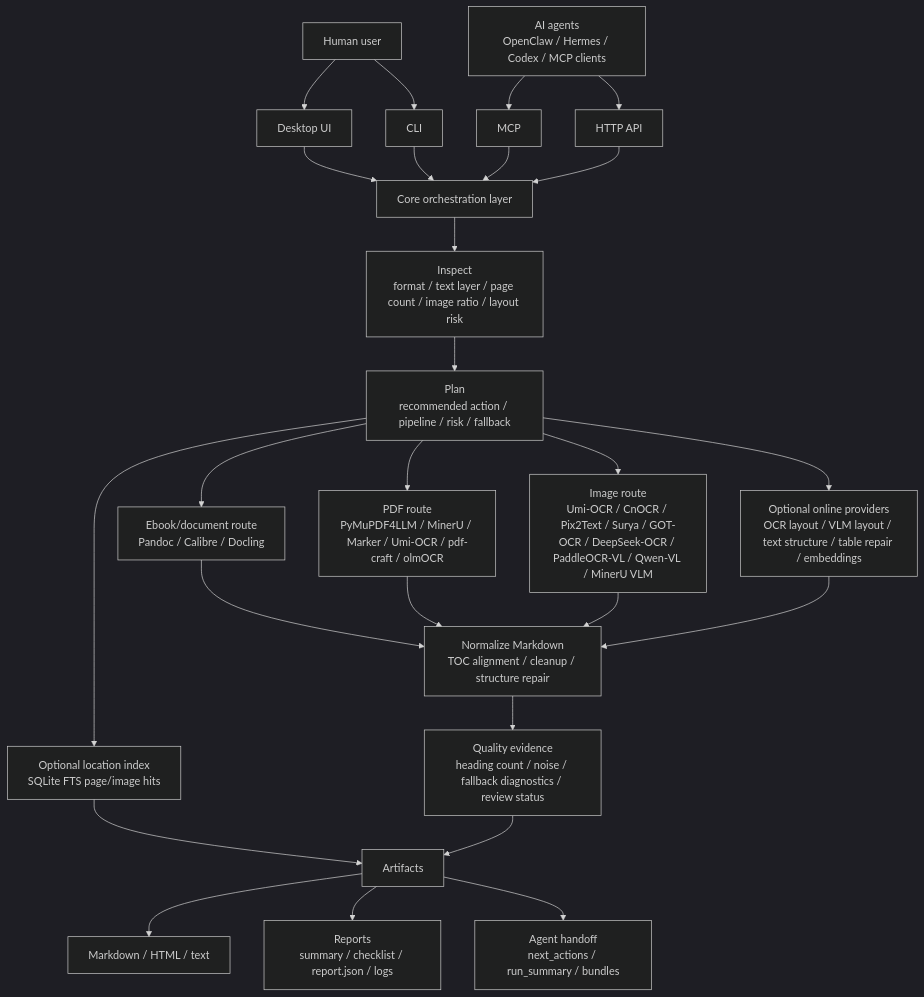
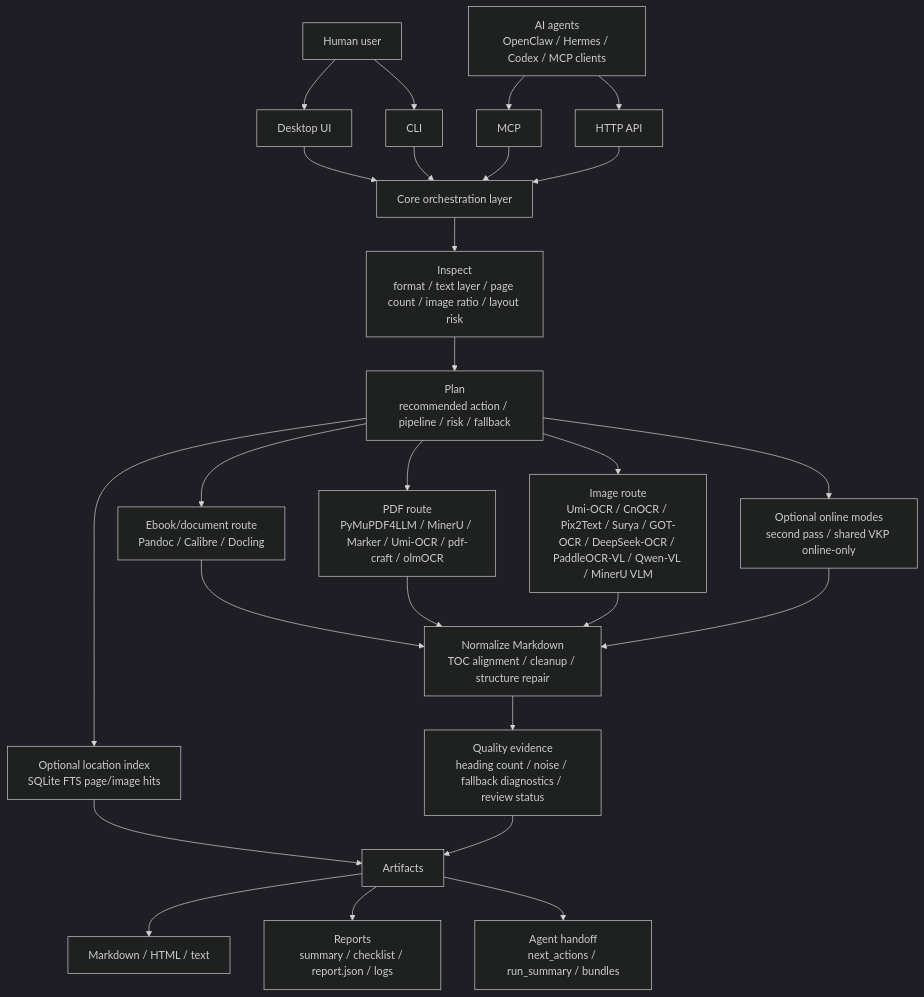
The diagram in docs/PROJECT_OVERVIEW.md (lightcoloror/ebook-markdown-pipeline), drawn with Mermaid (dark theme) before and after one commit. The commit also changed other lines of this file and 41 other files, not shown here.

Commit message:
feat: add shared online-only document pipeline

````diff
--- a/docs/PROJECT_OVERVIEW.md
+++ b/docs/PROJECT_OVERVIEW.md
@@ -31,34 +33,34 @@
 ```mermaid
 flowchart TD
     user["Human user"] --> ui["Desktop UI"]
     user --> cli["CLI"]
     agent["AI agents\nOpenClaw / Hermes / Codex / MCP clients"] --> mcp["MCP"]
     agent --> http["HTTP API"]
 
     ui --> core["Core orchestration layer"]
     cli --> core
     mcp --> core
     http --> core
 
     core --> inspect["Inspect\nformat / text layer / page count / image ratio / layout risk"]
     inspect --> plan["Plan\nrecommended action / pipeline / risk / fallback"]
 
     plan --> ebook["Ebook/document route\nPandoc / Calibre / Docling"]
     plan --> pdf["PDF route\nPyMuPDF4LLM / MinerU / Marker / Umi-OCR / pdf-craft / olmOCR"]
     plan --> image["Image route\nUmi-OCR / CnOCR / Pix2Text / Surya / GOT-OCR / DeepSeek-OCR / PaddleOCR-VL / Qwen-VL / MinerU VLM"]
-    plan --> online["Optional online providers\nOCR layout / VLM layout / text structure / table repair / embeddings"]
+    plan --> online["Optional online modes\nsecond pass / shared VKP online-only"]
     plan --> locator["Optional location index\nSQLite FTS page/image hits"]
 
     ebook --> normalize["Normalize Markdown\nTOC alignment / cleanup / structure repair"]
     pdf --> normalize
     image --> normalize
     online --> normalize
 
     normalize --> quality["Quality evidence\nheading count / noise / fallback diagnostics / review status"]
     locator --> artifacts["Artifacts"]
     quality --> artifacts
 
     artifacts --> outputs["Markdown / HTML / text"]
     artifacts --> reports["Reports\nsummary / checklist / report.json / logs"]
     artifacts --> handoff["Agent handoff\nnext_actions / run_summary / bundles"]
 ```
````
